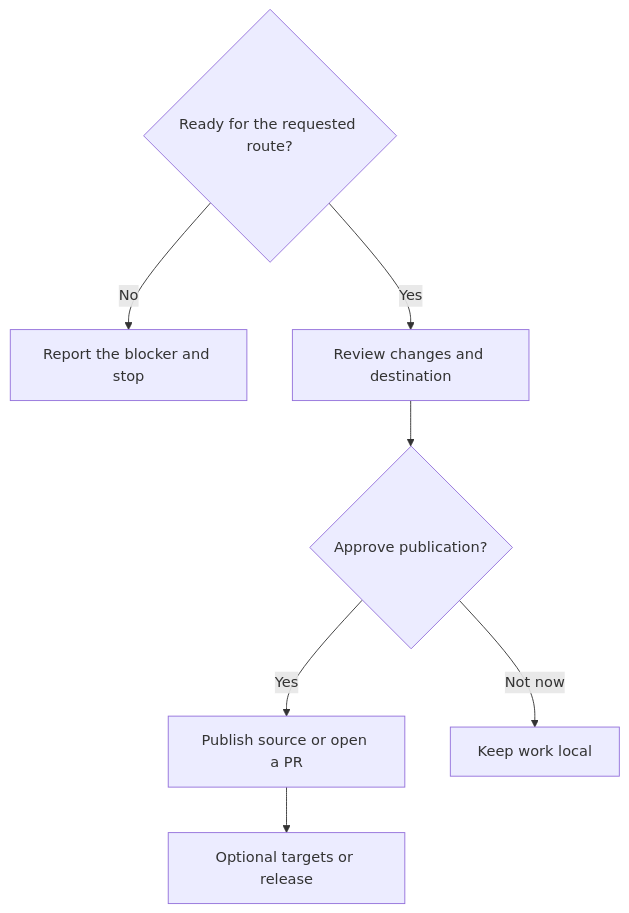
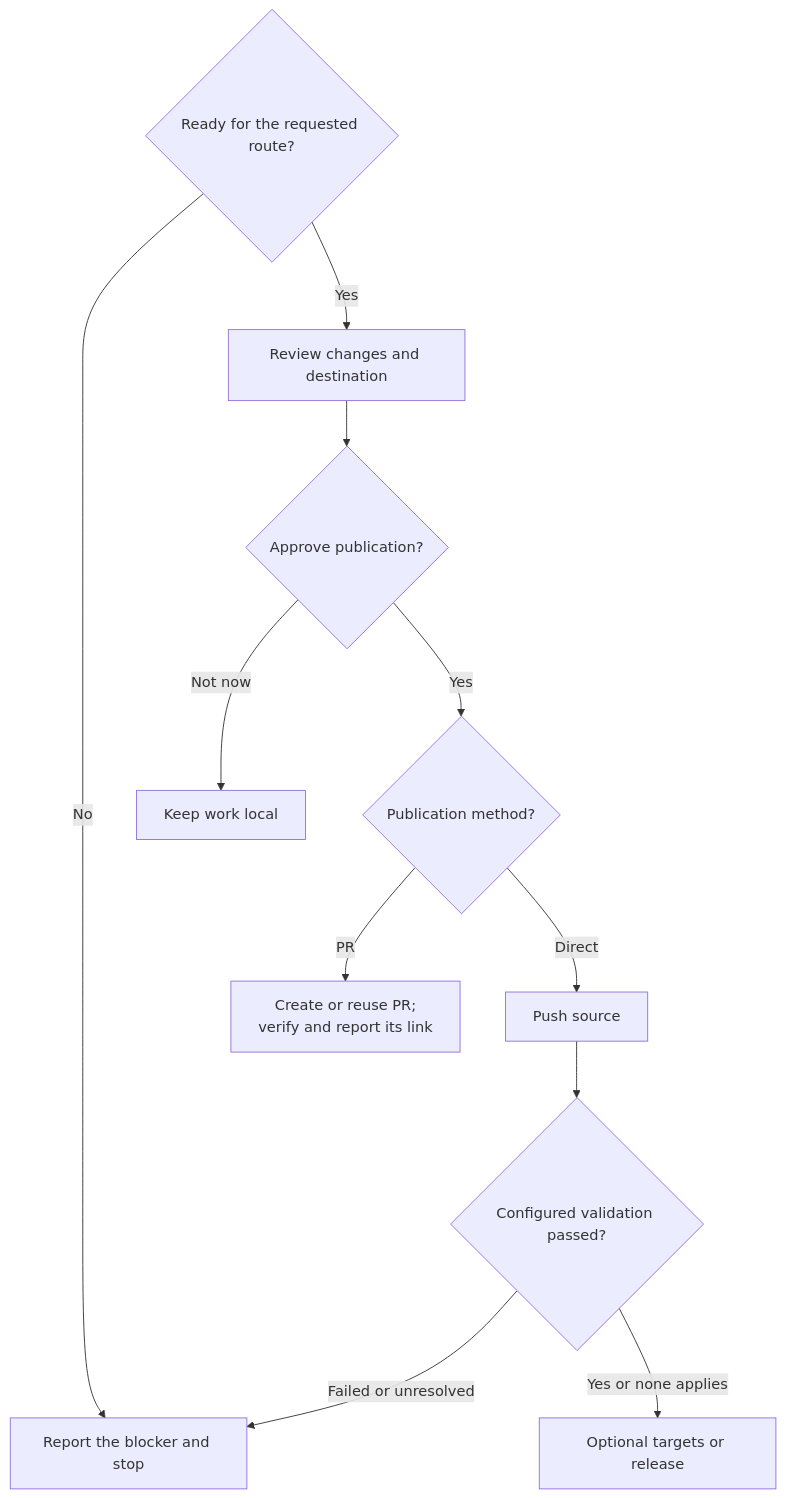
The diagram in docs/commands/ship.md (myowinthein/agent-helm), drawn with Mermaid before and after one commit. The commit also changed other lines of this file and 4 other files, not shown here.

Commit message:
fix(ship): wait for configured source validation

````diff
--- a/docs/commands/ship.md
+++ b/docs/commands/ship.md
@@ -19,9 +19,13 @@
 ```mermaid
 flowchart TD
   Gate{"Ready for the requested route?"} -->|No| Stop["Report the blocker and stop"]
   Gate -->|Yes| Review
   Review["Review changes and destination"] --> Approve{"Approve publication?"}
-  Approve -->|Yes| Publish["Publish source or open a PR"]
+  Approve -->|Yes| Method{"Publication method?"}
   Approve -->|Not now| Keep["Keep work local"]
-  Publish --> Next["Optional targets or release"]
+  Method -->|Direct| Publish["Push source"]
+  Publish --> Checks{"Configured validation passed?"}
+  Checks -->|Yes or none applies| Next["Optional targets or release"]
+  Checks -->|Failed or unresolved| Stop
+  Method -->|PR| Handoff["Create or reuse PR;<br/>verify and report its link"]
 ```
````
